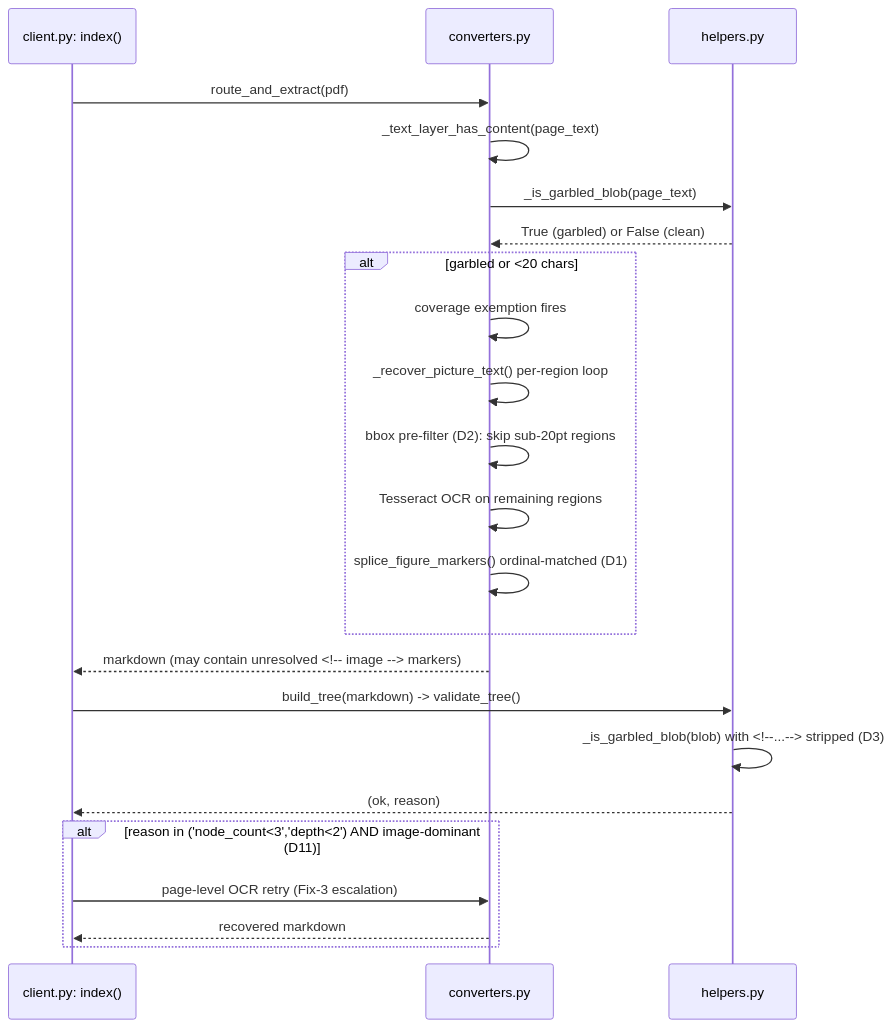
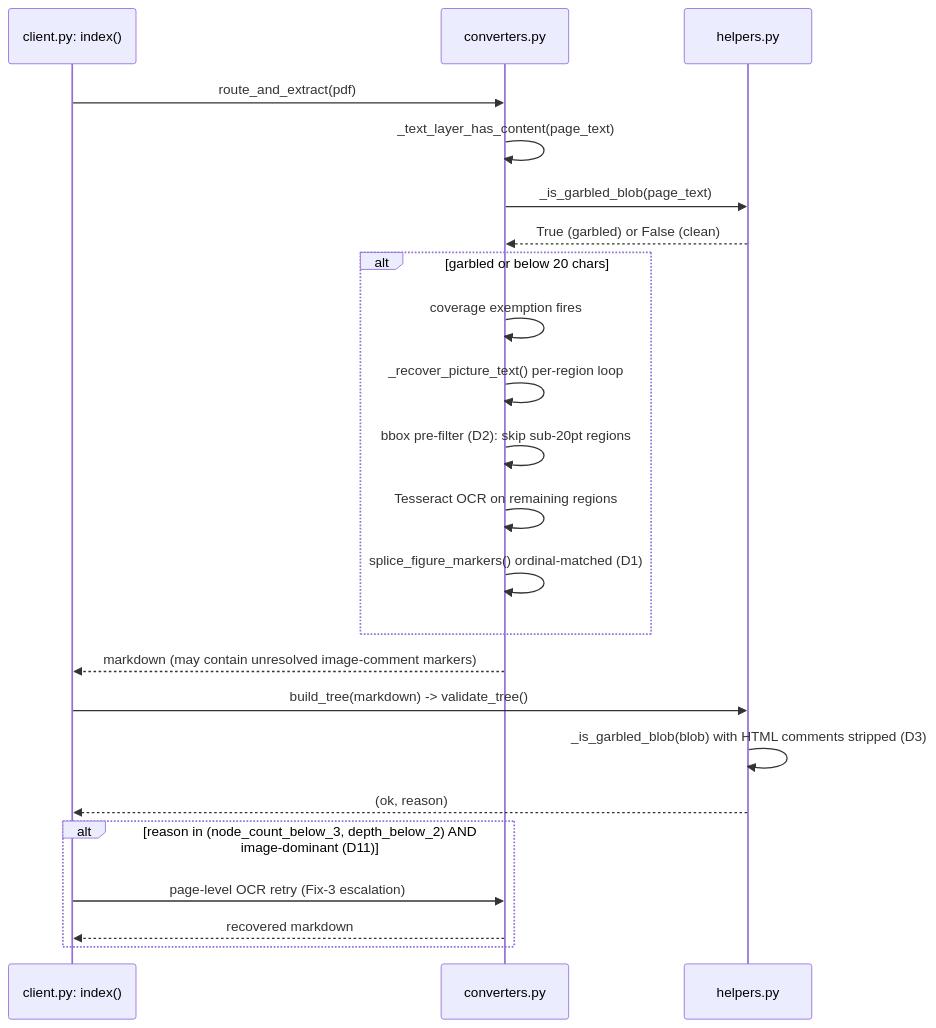
The second of 5 diagrams in .agents/designs/design-rfc023-run6-content-recovery-and-verdict-hardening.md (trehansalil/pageindex), drawn with Mermaid before and after one commit. The commit also changed other lines of this file and 9 other files, not shown here.

````diff
--- a/.agents/designs/design-rfc023-run6-content-recovery-and-verdict-hardening.md
+++ b/.agents/designs/design-rfc023-run6-content-recovery-and-verdict-hardening.md
@@ -133,26 +133,26 @@
 ```mermaid
 sequenceDiagram
   participant C as client.py: index()
   participant Conv as converters.py
   participant H as helpers.py
 
   C->>Conv: route_and_extract(pdf)
   Conv->>Conv: _text_layer_has_content(page_text)
   Conv->>H: _is_garbled_blob(page_text)
   H-->>Conv: True (garbled) or False (clean)
-  alt garbled or <20 chars
+  alt garbled or below 20 chars
     Conv->>Conv: coverage exemption fires
     Conv->>Conv: _recover_picture_text() per-region loop
     Conv->>Conv: bbox pre-filter (D2): skip sub-20pt regions
     Conv->>Conv: Tesseract OCR on remaining regions
     Conv->>Conv: splice_figure_markers() ordinal-matched (D1)
   end
-  Conv-->>C: markdown (may contain unresolved <!-- image --> markers)
+  Conv-->>C: markdown (may contain unresolved image-comment markers)
   C->>H: build_tree(markdown) -> validate_tree()
-  H->>H: _is_garbled_blob(blob) with <!--...--> stripped (D3)
+  H->>H: _is_garbled_blob(blob) with HTML comments stripped (D3)
   H-->>C: (ok, reason)
-  alt reason in ('node_count<3','depth<2') AND image-dominant (D11)
+  alt reason in (node_count_below_3, depth_below_2) AND image-dominant (D11)
     C->>Conv: page-level OCR retry (Fix-3 escalation)
     Conv-->>C: recovered markdown
   end
 ```
````
